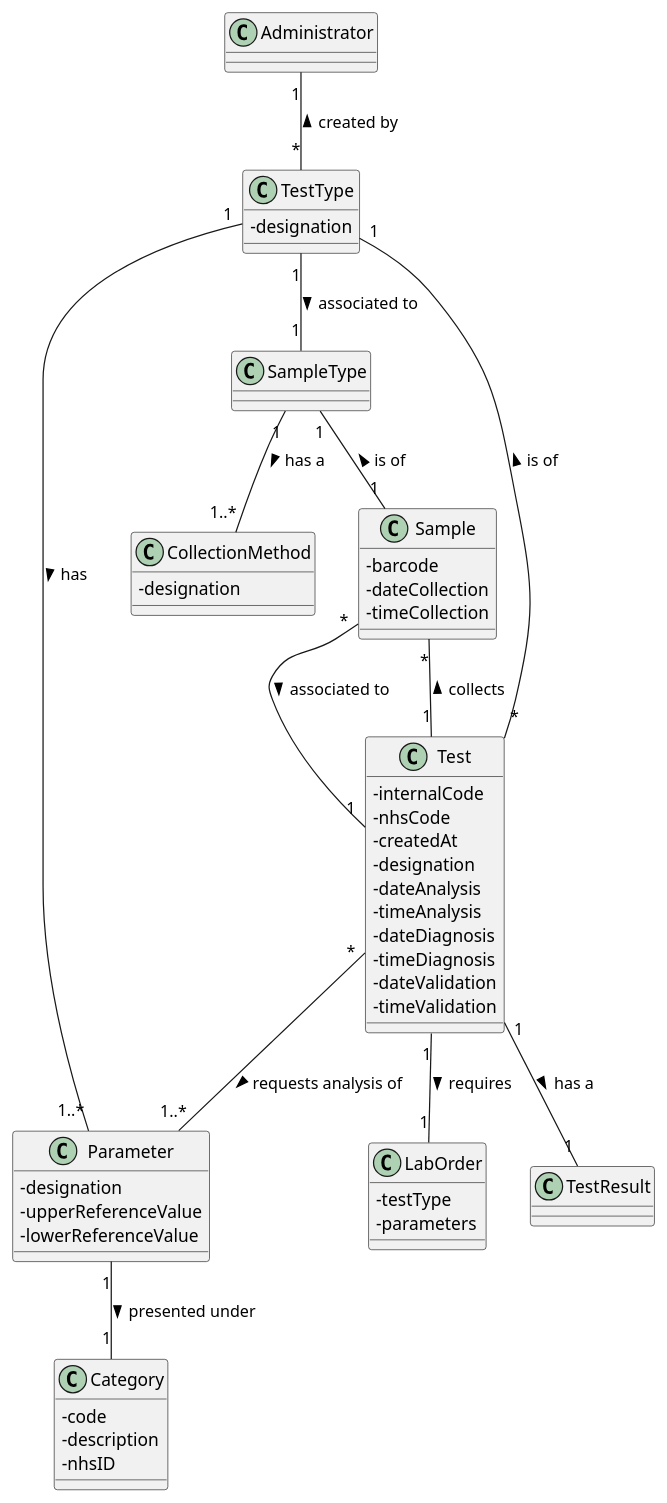
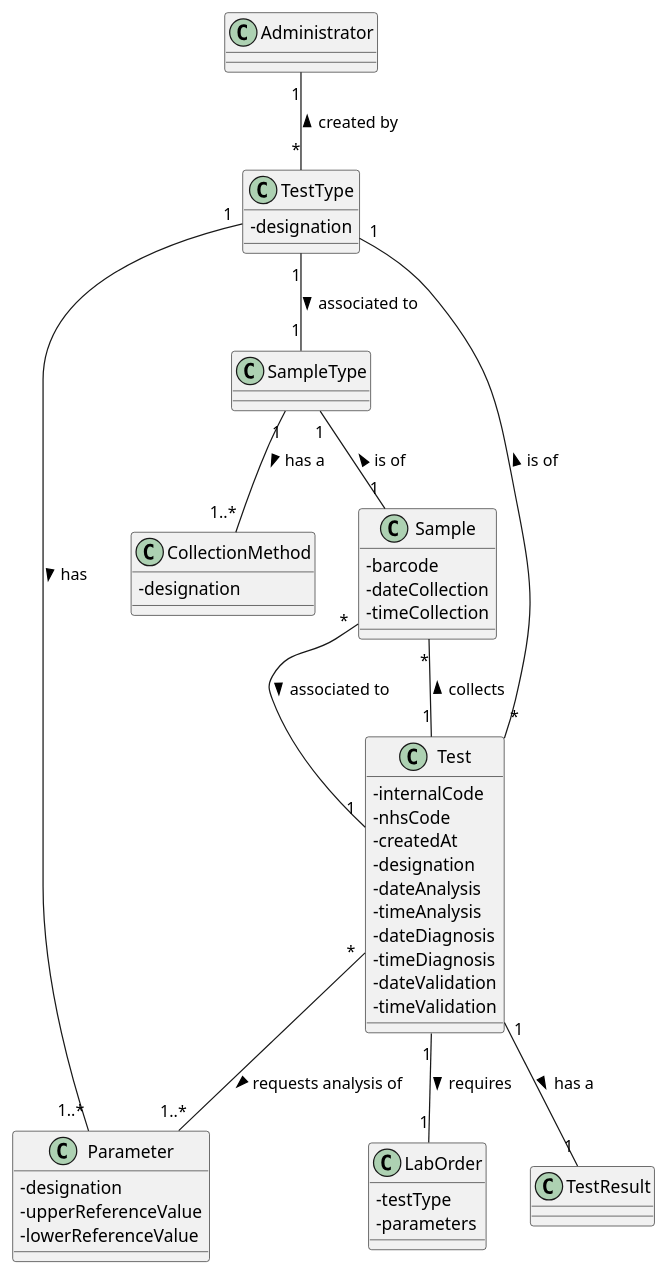
Before and after one commit to MadDinosaur/ISEP-LAPR2: the diagram in docs/SprintB/US9/US9_DM.puml, drawn with PlantUML. The commit also changed 1 other file, not shown here.

```diff
--- a/docs/SprintB/US9/US9_DM.puml
+++ b/docs/SprintB/US9/US9_DM.puml
@@ -1,57 +1,51 @@
 @startuml
 skinparam classAttributeIconSize 0
 
 class Administrator
 class CollectionMethod {
 -designation
 }
 class LabOrder {
 -testType
 -parameters
 }
 class Test {
 -internalCode
 -nhsCode
 -createdAt
 -designation
 -dateAnalysis
 -timeAnalysis
 -dateDiagnosis
 -timeDiagnosis
 -dateValidation
 -timeValidation
 }
 class TestResult
 class TestType {
 -designation
 }
 class Sample {
 -barcode
 -dateCollection
 -timeCollection
 }
 class SampleType
-class Category {
--code
--description
--nhsID
-}
 class Parameter {
 -designation
 -upperReferenceValue
 -lowerReferenceValue
 }
 
 Sample "*"--"1" Test : associated to >
 SampleType "1"--"1" Sample  : is of <
 Test "*"-down-"1..*" Parameter : requests analysis of >
 Test "1"-down-"1" LabOrder : requires >
 Test "*"-down-"1" TestType : is of >
 Test "1"-down-"1" TestResult : has a >
 Test "1"-down-"*" Sample : collects >
 TestType "*"-up-"1" Administrator : created by >
 TestType "1"-down-"1..*" Parameter : has >
 SampleType "1"--"1..*" CollectionMethod : has a >
 SampleType "1"-up-"1" TestType  : associated to <
-Parameter "1"--"1" Category : presented under >
 @enduml
```
